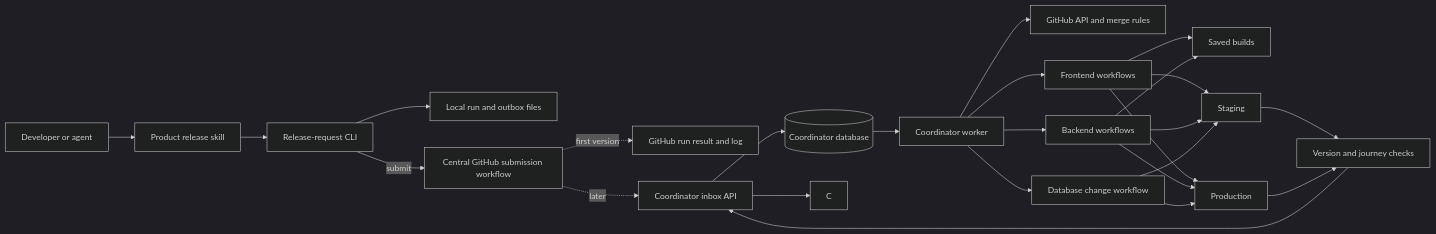
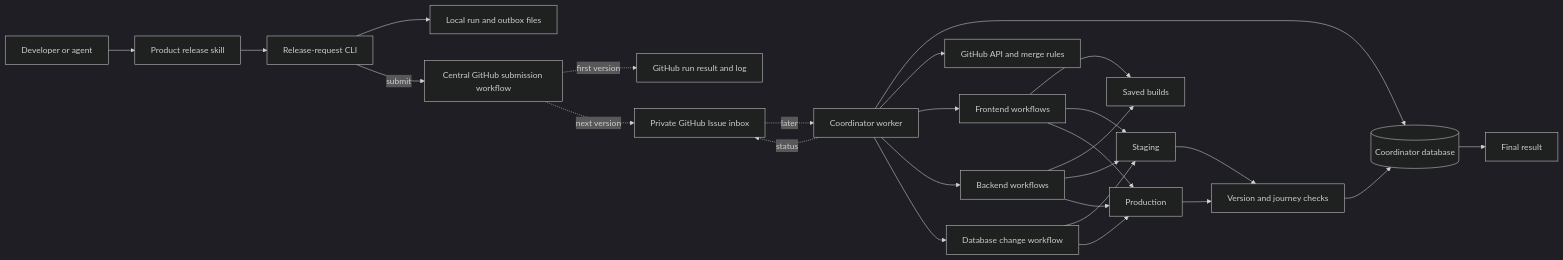
The diagram in README.md (6529-Collections/6529-release-coordinator), drawn with Mermaid (dark theme) before and after one commit. The commit also changed other lines of this file and 4 other files, not shown here.

Commit message:
docs: define GitHub Issue release inbox

````diff
--- a/README.md
+++ b/README.md
@@ -190,29 +190,30 @@
 ```mermaid
 flowchart LR
     U[Developer or agent] --> S[Product release skill]
     S --> CLI[Release-request CLI]
     CLI --> LOCAL[Local run and outbox files]
     CLI -->|submit| GHIN[Central GitHub submission workflow]
     GHIN -. first version .-> LOG[GitHub run result and log]
-    GHIN -. later .-> API[Coordinator inbox API]
-    API --> DB[(Coordinator database)]
-    DB --> W[Coordinator worker]
+    GHIN -. next version .-> INBOX[Private GitHub Issue inbox]
+    INBOX -. later .-> W[Coordinator worker]
+    W --> DB[(Coordinator database)]
 
     W --> GH[GitHub API and merge rules]
     W --> FE[Frontend workflows]
     W --> BE[Backend workflows]
     W --> DBC[Database change workflow]
     FE --> ART[Saved builds]
     BE --> ART
     FE --> STG[Staging]
     BE --> STG
     FE --> PROD[Production]
     BE --> PROD
     DBC --> STG
     DBC --> PROD
 
     STG --> E2E[Version and journey checks]
     PROD --> E2E
-    E2E --> API
-    API --> C
+    E2E --> DB
+    DB --> C[Final result]
+    W -. status .-> INBOX
 ```
````
